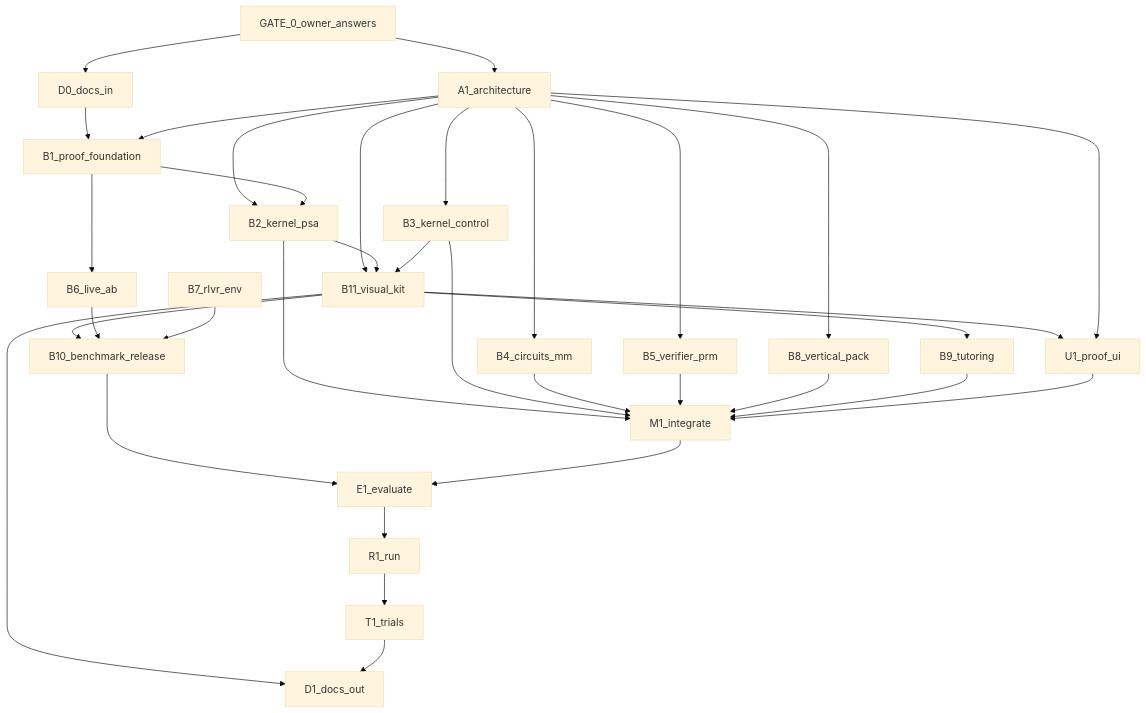
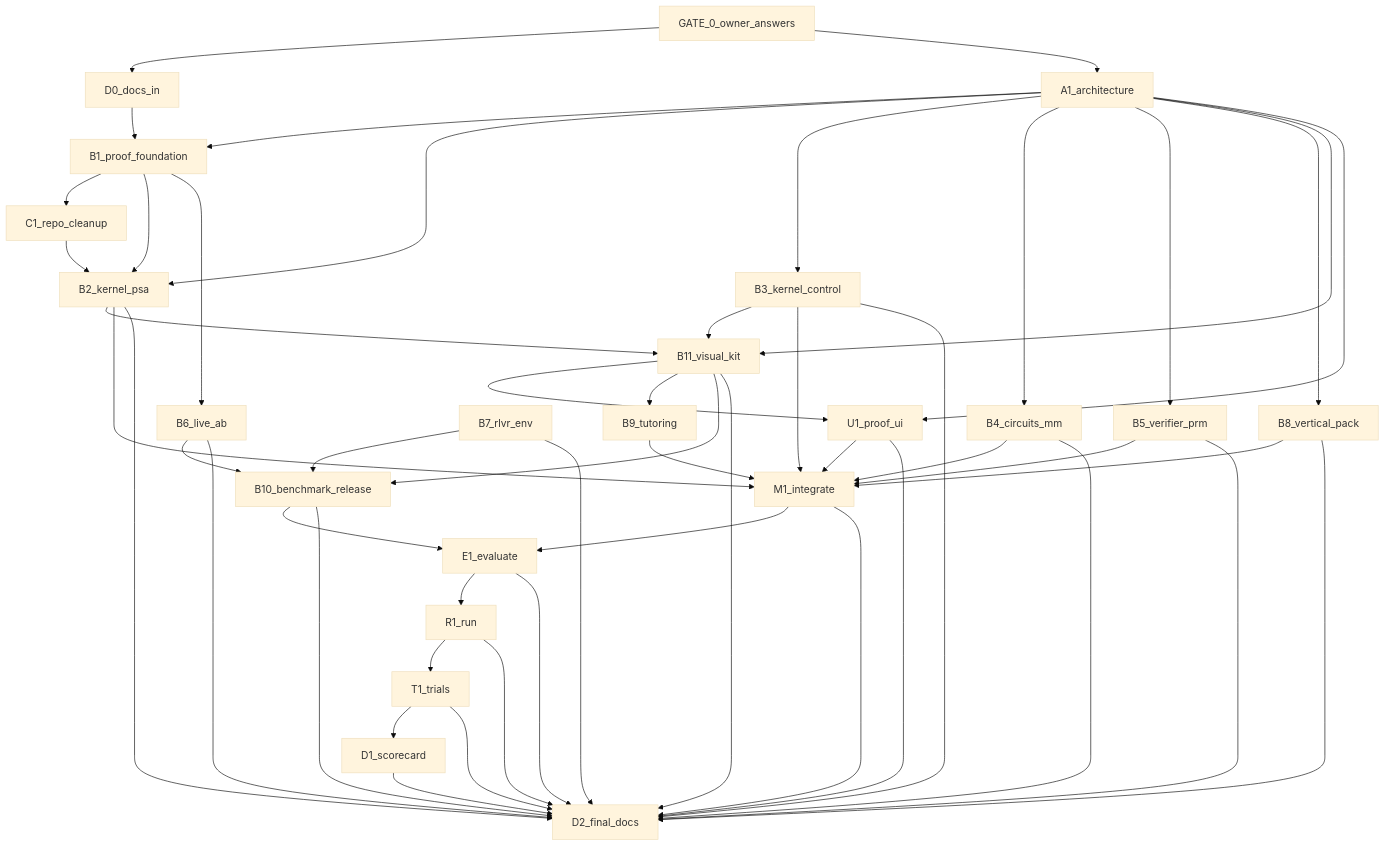
Before and after one commit to Vinayak-RZ/ARC: the diagram in docs/planning/frontier-2026-11/EXECUTION_GRAPH.md, drawn with Mermaid (base theme). The commit also changed other lines of this file and 7 other files, not shown here.

````diff
--- a/docs/planning/frontier-2026-11/EXECUTION_GRAPH.md
+++ b/docs/planning/frontier-2026-11/EXECUTION_GRAPH.md
@@ -65,57 +67,75 @@
 ```mermaid
 flowchart TB
   G0[GATE_0_owner_answers]
   D0[D0_docs_in]
   A1[A1_architecture]
   B1[B1_proof_foundation]
+  C1[C1_repo_cleanup]
   B2[B2_kernel_psa]
   B3[B3_kernel_control]
   B4[B4_circuits_mm]
   B5[B5_verifier_prm]
   B6[B6_live_ab]
   B7[B7_rlvr_env]
   B8[B8_vertical_pack]
   B9[B9_tutoring]
   B10[B10_benchmark_release]
   B11[B11_visual_kit]
   U1[U1_proof_ui]
   M1[M1_integrate]
   E1[E1_evaluate]
   R1[R1_run]
   T1[T1_trials]
-  D1[D1_docs_out]
+  D1[D1_scorecard]
+  D2[D2_final_docs]
 
   G0 --> D0
   G0 --> A1
   D0 --> B1
   A1 --> B1
   A1 --> B2
   A1 --> B3
   A1 --> B4
   A1 --> B5
   A1 --> B8
   A1 --> B11
   B2 --> B11
   B3 --> B11
   B11 --> U1
   B11 --> B9
   B11 --> B10
-  B11 --> D1
+  B1 --> C1
+  C1 --> B2
   B1 --> B2
   B1 --> B6
   B2 --> M1
   B3 --> M1
   B4 --> M1
   B5 --> M1
   B6 --> B10
   B7 --> B10
   B8 --> M1
   B9 --> M1
   A1 --> U1
   U1 --> M1
   B10 --> E1
   M1 --> E1
   E1 --> R1
   R1 --> T1
   T1 --> D1
+  D1 --> D2
+  B2 --> D2
+  B3 --> D2
+  B4 --> D2
+  B5 --> D2
+  B6 --> D2
+  B7 --> D2
+  B8 --> D2
+  B10 --> D2
+  B11 --> D2
+  U1 --> D2
+  M1 --> D2
+  E1 --> D2
+  R1 --> D2
+  T1 --> D2
 ```
````
